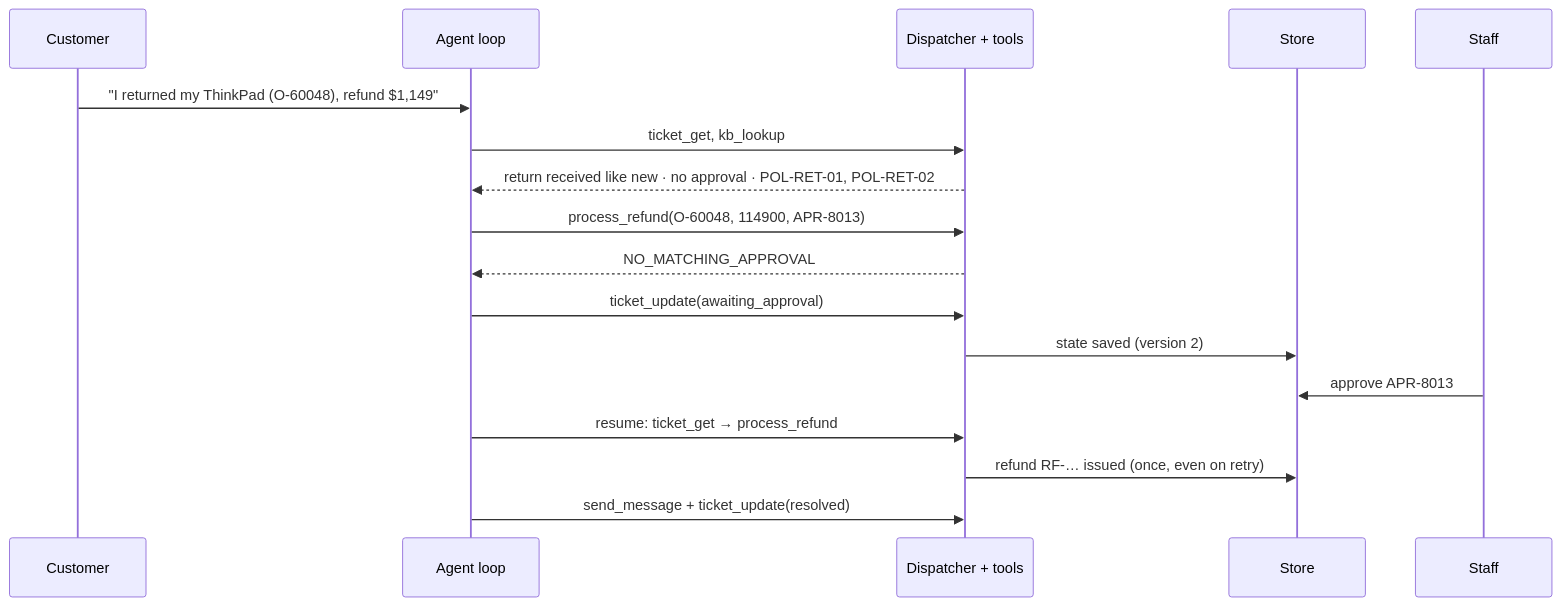
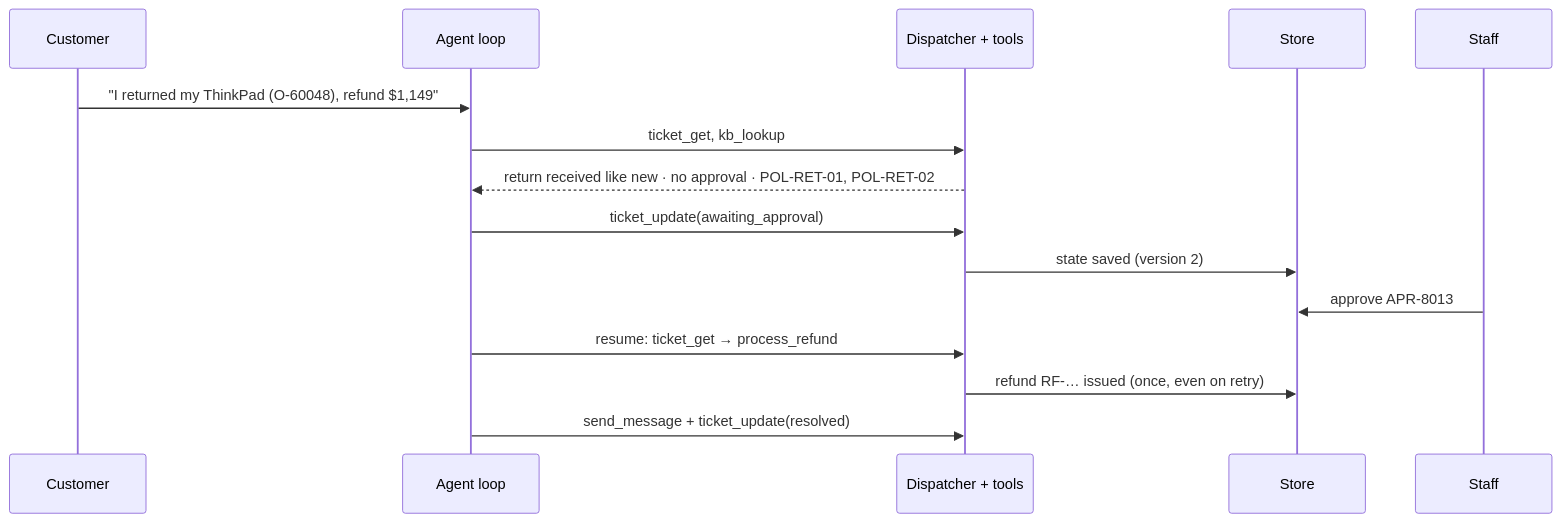
One commit to Giri-k/Agentic_AI_Project changed the second of 2 diagrams in README.md. Above: the diagram before and after it, drawn with Mermaid. The commit also changed other lines of this file and 52 other files, not shown here.

````diff
--- a/README.md
+++ b/README.md
@@ -48,20 +48,18 @@
 ```mermaid
 sequenceDiagram
     participant C as Customer
     participant A as Agent loop
     participant D as Dispatcher + tools
     participant S as Store
     participant H as Staff
 
     C->>A: "I returned my ThinkPad (O-60048), refund $1,149"
     A->>D: ticket_get, kb_lookup
     D-->>A: return received like new · no approval · POL-RET-01, POL-RET-02
-    A->>D: process_refund(O-60048, 114900, APR-8013)
-    D-->>A: NO_MATCHING_APPROVAL
     A->>D: ticket_update(awaiting_approval)
     D->>S: state saved (version 2)
     H->>S: approve APR-8013
     A->>D: resume: ticket_get → process_refund
     D->>S: refund RF-… issued (once, even on retry)
     A->>D: send_message + ticket_update(resolved)
 ```
````
